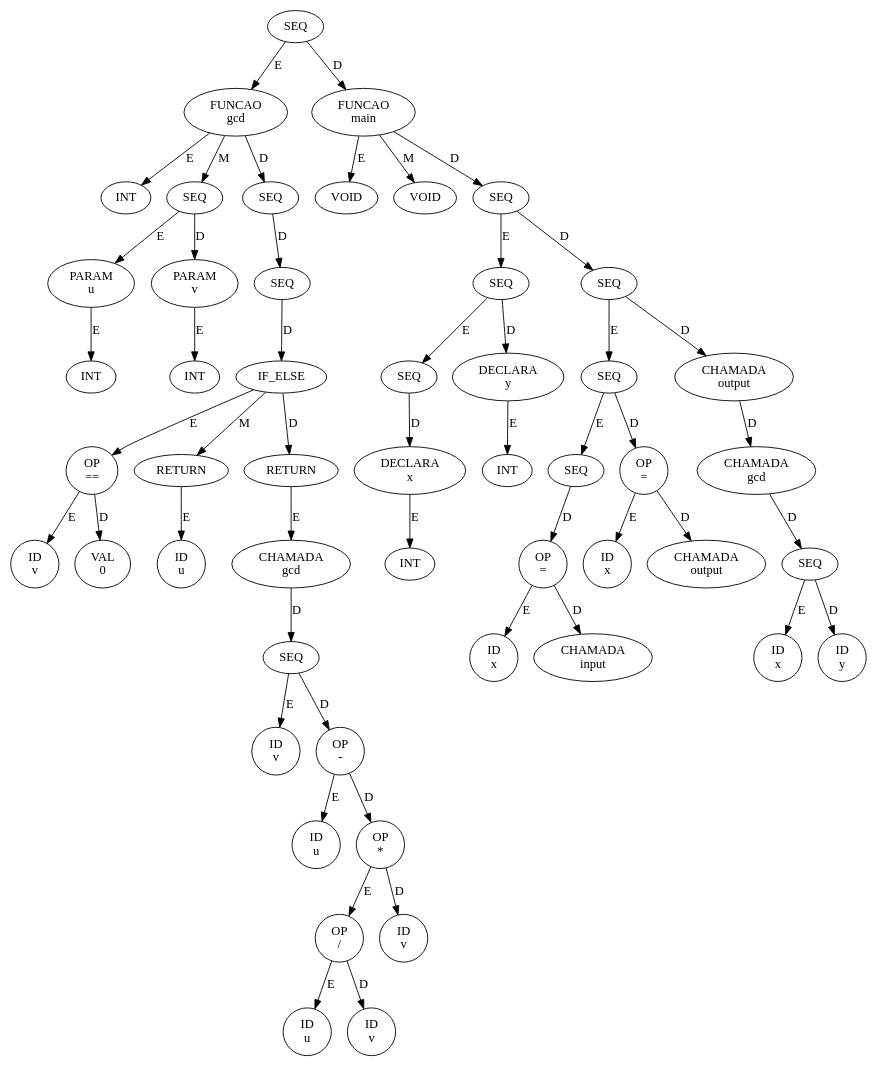
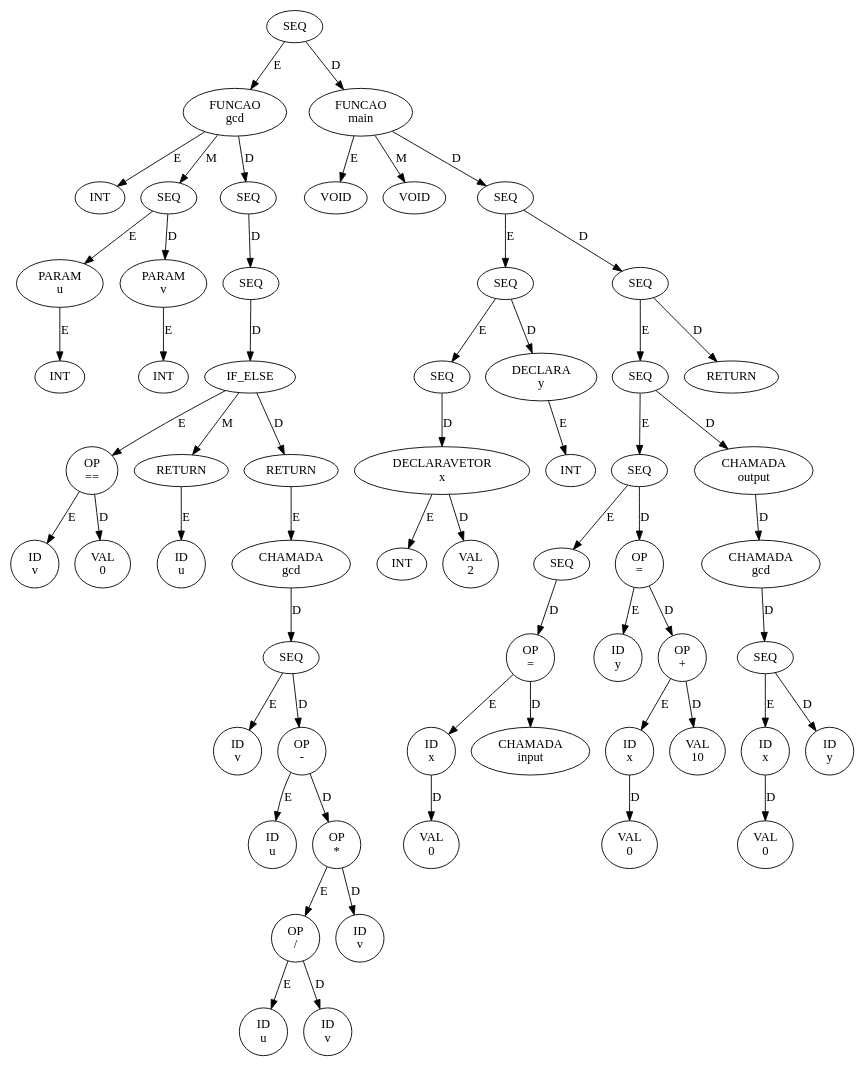
Before and after one commit to ErikReis15/compiladores: the diagram in src/ast.dot, drawn with Graphviz. The commit also changed 3 other files, not shown here.

```diff
--- a/src/ast.dot
+++ b/src/ast.dot
@@ -1,103 +1,119 @@
 digraph AST {
-  n0x63ea91420670 [label="SEQ"];
-  n0x63ea91420670 -> n0x63ea9141fdd0 [label="E"];
-  n0x63ea9141fdd0 [label="FUNCAO\ngcd"];
-  n0x63ea9141fdd0 -> n0x63ea9141f510 [label="E"];
-  n0x63ea9141f510 [label="INT"];
-  n0x63ea9141fdd0 -> n0x63ea9141f6f0 [label="M"];
-  n0x63ea9141f6f0 [label="SEQ"];
-  n0x63ea9141f6f0 -> n0x63ea9141f5d0 [label="E"];
-  n0x63ea9141f5d0 [label="PARAM\nu"];
-  n0x63ea9141f5d0 -> n0x63ea9141f570 [label="E"];
-  n0x63ea9141f570 [label="INT"];
-  n0x63ea9141f6f0 -> n0x63ea9141f690 [label="D"];
-  n0x63ea9141f690 [label="PARAM\nv"];
-  n0x63ea9141f690 -> n0x63ea9141f630 [label="E"];
-  n0x63ea9141f630 [label="INT"];
-  n0x63ea9141fdd0 -> n0x63ea9141fd90 [label="D"];
-  n0x63ea9141fd90 [label="SEQ"];
-  n0x63ea9141fd90 -> n0x63ea9141fd50 [label="D"];
-  n0x63ea9141fd50 [label="SEQ"];
-  n0x63ea9141fd50 -> n0x63ea9141fd10 [label="D"];
-  n0x63ea9141fd10 [label="IF_ELSE"];
-  n0x63ea9141fd10 -> n0x63ea9141f7b0 [label="E"];
-  n0x63ea9141f7b0 [label="OP\n=="];
-  n0x63ea9141f7b0 -> n0x63ea9141f750 [label="E"];
-  n0x63ea9141f750 [label="ID\nv"];
-  n0x63ea9141f7b0 -> n0x63ea9141f7f0 [label="D"];
-  n0x63ea9141f7f0 [label="VAL\n0"];
-  n0x63ea9141fd10 -> n0x63ea9141f8b0 [label="M"];
-  n0x63ea9141f8b0 [label="RETURN"];
-  n0x63ea9141f8b0 -> n0x63ea9141f850 [label="E"];
-  n0x63ea9141f850 [label="ID\nu"];
-  n0x63ea9141fd10 -> n0x63ea9141fcd0 [label="D"];
-  n0x63ea9141fcd0 [label="RETURN"];
-  n0x63ea9141fcd0 -> n0x63ea9141fc90 [label="E"];
-  n0x63ea9141fc90 [label="CHAMADA\ngcd"];
-  n0x63ea9141fc90 -> n0x63ea9141fc50 [label="D"];
-  n0x63ea9141fc50 [label="SEQ"];
-  n0x63ea9141fc50 -> n0x63ea9141f930 [label="E"];
-  n0x63ea9141f930 [label="ID\nv"];
-  n0x63ea9141fc50 -> n0x63ea9141fa10 [label="D"];
-  n0x63ea9141fa10 [label="OP\n-"];
-  n0x63ea9141fa10 -> n0x63ea9141f9b0 [label="E"];
-  n0x63ea9141f9b0 [label="ID\nu"];
-  n0x63ea9141fa10 -> n0x63ea9141fb90 [label="D"];
-  n0x63ea9141fb90 [label="OP\n*"];
-  n0x63ea9141fb90 -> n0x63ea9141fad0 [label="E"];
-  n0x63ea9141fad0 [label="OP\n/"];
-  n0x63ea9141fad0 -> n0x63ea9141fa70 [label="E"];
-  n0x63ea9141fa70 [label="ID\nu"];
-  n0x63ea9141fad0 -> n0x63ea9141fb30 [label="D"];
-  n0x63ea9141fb30 [label="ID\nv"];
-  n0x63ea9141fb90 -> n0x63ea9141fbf0 [label="D"];
-  n0x63ea9141fbf0 [label="ID\nv"];
-  n0x63ea91420670 -> n0x63ea91420610 [label="D"];
-  n0x63ea91420610 [label="FUNCAO\nmain"];
-  n0x63ea91420610 -> n0x63ea9141fe30 [label="E"];
-  n0x63ea9141fe30 [label="VOID"];
-  n0x63ea91420610 -> n0x63ea9141fe90 [label="M"];
-  n0x63ea9141fe90 [label="VOID"];
-  n0x63ea91420610 -> n0x63ea914205d0 [label="D"];
-  n0x63ea914205d0 [label="SEQ"];
-  n0x63ea914205d0 -> n0x63ea91420090 [label="E"];
-  n0x63ea91420090 [label="SEQ"];
-  n0x63ea91420090 -> n0x63ea9141ff90 [label="E"];
-  n0x63ea9141ff90 [label="SEQ"];
-  n0x63ea9141ff90 -> n0x63ea9141ff30 [label="D"];
-  n0x63ea9141ff30 [label="DECLARA\nx"];
-  n0x63ea9141ff30 -> n0x63ea9141fed0 [label="E"];
-  n0x63ea9141fed0 [label="INT"];
-  n0x63ea91420090 -> n0x63ea91420030 [label="D"];
-  n0x63ea91420030 [label="DECLARA\ny"];
-  n0x63ea91420030 -> n0x63ea9141ffd0 [label="E"];
-  n0x63ea9141ffd0 [label="INT"];
-  n0x63ea914205d0 -> n0x63ea91420590 [label="D"];
-  n0x63ea91420590 [label="SEQ"];
-  n0x63ea91420590 -> n0x63ea91420350 [label="E"];
-  n0x63ea91420350 [label="SEQ"];
-  n0x63ea91420350 -> n0x63ea914201f0 [label="E"];
-  n0x63ea914201f0 [label="SEQ"];
-  n0x63ea914201f0 -> n0x63ea914201b0 [label="D"];
-  n0x63ea914201b0 [label="OP\n="];
-  n0x63ea914201b0 -> n0x63ea914200f0 [label="E"];
-  n0x63ea914200f0 [label="ID\nx"];
-  n0x63ea914201b0 -> n0x63ea91420170 [label="D"];
-  n0x63ea91420170 [label="CHAMADA\ninput"];
-  n0x63ea91420350 -> n0x63ea91420310 [label="D"];
-  n0x63ea91420310 [label="OP\n="];
-  n0x63ea91420310 -> n0x63ea91420250 [label="E"];
-  n0x63ea91420250 [label="ID\nx"];
-  n0x63ea91420310 -> n0x63ea914202d0 [label="D"];
-  n0x63ea914202d0 [label="CHAMADA\noutput"];
-  n0x63ea91420590 -> n0x63ea91420550 [label="D"];
-  n0x63ea91420550 [label="CHAMADA\noutput"];
-  n0x63ea91420550 -> n0x63ea91420510 [label="D"];
-  n0x63ea91420510 [label="CHAMADA\ngcd"];
-  n0x63ea91420510 -> n0x63ea914204d0 [label="D"];
-  n0x63ea914204d0 [label="SEQ"];
-  n0x63ea914204d0 -> n0x63ea914203f0 [label="E"];
-  n0x63ea914203f0 [label="ID\nx"];
-  n0x63ea914204d0 -> n0x63ea91420470 [label="D"];
-  n0x63ea91420470 [label="ID\ny"];
+  n0x59e293bf7890 [label="SEQ"];
+  n0x59e293bf7890 -> n0x59e293bf6dd0 [label="E"];
+  n0x59e293bf6dd0 [label="FUNCAO\ngcd"];
+  n0x59e293bf6dd0 -> n0x59e293bf6510 [label="E"];
+  n0x59e293bf6510 [label="INT"];
+  n0x59e293bf6dd0 -> n0x59e293bf66f0 [label="M"];
+  n0x59e293bf66f0 [label="SEQ"];
+  n0x59e293bf66f0 -> n0x59e293bf65d0 [label="E"];
+  n0x59e293bf65d0 [label="PARAM\nu"];
+  n0x59e293bf65d0 -> n0x59e293bf6570 [label="E"];
+  n0x59e293bf6570 [label="INT"];
+  n0x59e293bf66f0 -> n0x59e293bf6690 [label="D"];
+  n0x59e293bf6690 [label="PARAM\nv"];
+  n0x59e293bf6690 -> n0x59e293bf6630 [label="E"];
+  n0x59e293bf6630 [label="INT"];
+  n0x59e293bf6dd0 -> n0x59e293bf6d90 [label="D"];
+  n0x59e293bf6d90 [label="SEQ"];
+  n0x59e293bf6d90 -> n0x59e293bf6d50 [label="D"];
+  n0x59e293bf6d50 [label="SEQ"];
+  n0x59e293bf6d50 -> n0x59e293bf6d10 [label="D"];
+  n0x59e293bf6d10 [label="IF_ELSE"];
+  n0x59e293bf6d10 -> n0x59e293bf67b0 [label="E"];
+  n0x59e293bf67b0 [label="OP\n=="];
+  n0x59e293bf67b0 -> n0x59e293bf6750 [label="E"];
+  n0x59e293bf6750 [label="ID\nv"];
+  n0x59e293bf67b0 -> n0x59e293bf67f0 [label="D"];
+  n0x59e293bf67f0 [label="VAL\n0"];
+  n0x59e293bf6d10 -> n0x59e293bf68b0 [label="M"];
+  n0x59e293bf68b0 [label="RETURN"];
+  n0x59e293bf68b0 -> n0x59e293bf6850 [label="E"];
+  n0x59e293bf6850 [label="ID\nu"];
+  n0x59e293bf6d10 -> n0x59e293bf6cd0 [label="D"];
+  n0x59e293bf6cd0 [label="RETURN"];
+  n0x59e293bf6cd0 -> n0x59e293bf6c90 [label="E"];
+  n0x59e293bf6c90 [label="CHAMADA\ngcd"];
+  n0x59e293bf6c90 -> n0x59e293bf6c50 [label="D"];
+  n0x59e293bf6c50 [label="SEQ"];
+  n0x59e293bf6c50 -> n0x59e293bf6930 [label="E"];
+  n0x59e293bf6930 [label="ID\nv"];
+  n0x59e293bf6c50 -> n0x59e293bf6a10 [label="D"];
+  n0x59e293bf6a10 [label="OP\n-"];
+  n0x59e293bf6a10 -> n0x59e293bf69b0 [label="E"];
+  n0x59e293bf69b0 [label="ID\nu"];
+  n0x59e293bf6a10 -> n0x59e293bf6b90 [label="D"];
+  n0x59e293bf6b90 [label="OP\n*"];
+  n0x59e293bf6b90 -> n0x59e293bf6ad0 [label="E"];
+  n0x59e293bf6ad0 [label="OP\n/"];
+  n0x59e293bf6ad0 -> n0x59e293bf6a70 [label="E"];
+  n0x59e293bf6a70 [label="ID\nu"];
+  n0x59e293bf6ad0 -> n0x59e293bf6b30 [label="D"];
+  n0x59e293bf6b30 [label="ID\nv"];
+  n0x59e293bf6b90 -> n0x59e293bf6bf0 [label="D"];
+  n0x59e293bf6bf0 [label="ID\nv"];
+  n0x59e293bf7890 -> n0x59e293bf7830 [label="D"];
+  n0x59e293bf7830 [label="FUNCAO\nmain"];
+  n0x59e293bf7830 -> n0x59e293bf6e30 [label="E"];
+  n0x59e293bf6e30 [label="VOID"];
+  n0x59e293bf7830 -> n0x59e293bf6e90 [label="M"];
+  n0x59e293bf6e90 [label="VOID"];
+  n0x59e293bf7830 -> n0x59e293bf77f0 [label="D"];
+  n0x59e293bf77f0 [label="SEQ"];
+  n0x59e293bf77f0 -> n0x59e293bf70d0 [label="E"];
+  n0x59e293bf70d0 [label="SEQ"];
+  n0x59e293bf70d0 -> n0x59e293bf6fd0 [label="E"];
+  n0x59e293bf6fd0 [label="SEQ"];
+  n0x59e293bf6fd0 -> n0x59e293bf6f30 [label="D"];
+  n0x59e293bf6f30 [label="DECLARAVETOR\nx"];
+  n0x59e293bf6f30 -> n0x59e293bf6ed0 [label="E"];
+  n0x59e293bf6ed0 [label="INT"];
+  n0x59e293bf6f30 -> n0x59e293bf6f90 [label="D"];
+  n0x59e293bf6f90 [label="VAL\n2"];
+  n0x59e293bf70d0 -> n0x59e293bf7070 [label="D"];
+  n0x59e293bf7070 [label="DECLARA\ny"];
+  n0x59e293bf7070 -> n0x59e293bf7010 [label="E"];
+  n0x59e293bf7010 [label="INT"];
+  n0x59e293bf77f0 -> n0x59e293bf77b0 [label="D"];
+  n0x59e293bf77b0 [label="SEQ"];
+  n0x59e293bf77b0 -> n0x59e293bf7730 [label="E"];
+  n0x59e293bf7730 [label="SEQ"];
+  n0x59e293bf7730 -> n0x59e293bf74b0 [label="E"];
+  n0x59e293bf74b0 [label="SEQ"];
+  n0x59e293bf74b0 -> n0x59e293bf7270 [label="E"];
+  n0x59e293bf7270 [label="SEQ"];
+  n0x59e293bf7270 -> n0x59e293bf7230 [label="D"];
+  n0x59e293bf7230 [label="OP\n="];
+  n0x59e293bf7230 -> n0x59e293bf7170 [label="E"];
+  n0x59e293bf7170 [label="ID\nx"];
+  n0x59e293bf7170 -> n0x59e293bf7130 [label="D"];
+  n0x59e293bf7130 [label="VAL\n0"];
+  n0x59e293bf7230 -> n0x59e293bf71f0 [label="D"];
+  n0x59e293bf71f0 [label="CHAMADA\ninput"];
+  n0x59e293bf74b0 -> n0x59e293bf7470 [label="D"];
+  n0x59e293bf7470 [label="OP\n="];
+  n0x59e293bf7470 -> n0x59e293bf72d0 [label="E"];
+  n0x59e293bf72d0 [label="ID\ny"];
+  n0x59e293bf7470 -> n0x59e293bf73f0 [label="D"];
+  n0x59e293bf73f0 [label="OP\n+"];
+  n0x59e293bf73f0 -> n0x59e293bf7390 [label="E"];
+  n0x59e293bf7390 [label="ID\nx"];
+  n0x59e293bf7390 -> n0x59e293bf7350 [label="D"];
+  n0x59e293bf7350 [label="VAL\n0"];
+  n0x59e293bf73f0 -> n0x59e293bf7430 [label="D"];
+  n0x59e293bf7430 [label="VAL\n10"];
+  n0x59e293bf7730 -> n0x59e293bf76f0 [label="D"];
+  n0x59e293bf76f0 [label="CHAMADA\noutput"];
+  n0x59e293bf76f0 -> n0x59e293bf76b0 [label="D"];
+  n0x59e293bf76b0 [label="CHAMADA\ngcd"];
+  n0x59e293bf76b0 -> n0x59e293bf7670 [label="D"];
+  n0x59e293bf7670 [label="SEQ"];
+  n0x59e293bf7670 -> n0x59e293bf7590 [label="E"];
+  n0x59e293bf7590 [label="ID\nx"];
+  n0x59e293bf7590 -> n0x59e293bf7550 [label="D"];
+  n0x59e293bf7550 [label="VAL\n0"];
+  n0x59e293bf7670 -> n0x59e293bf7610 [label="D"];
+  n0x59e293bf7610 [label="ID\ny"];
+  n0x59e293bf77b0 -> n0x59e293bf7770 [label="D"];
+  n0x59e293bf7770 [label="RETURN"];
 }
```
